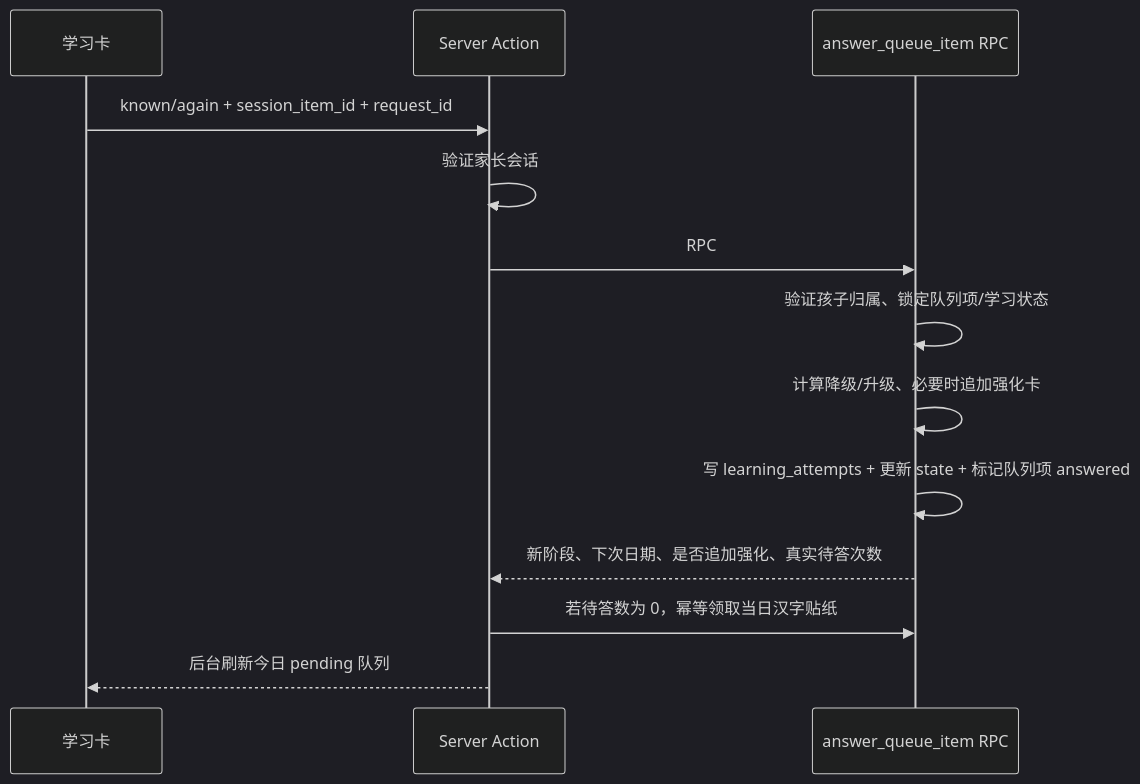
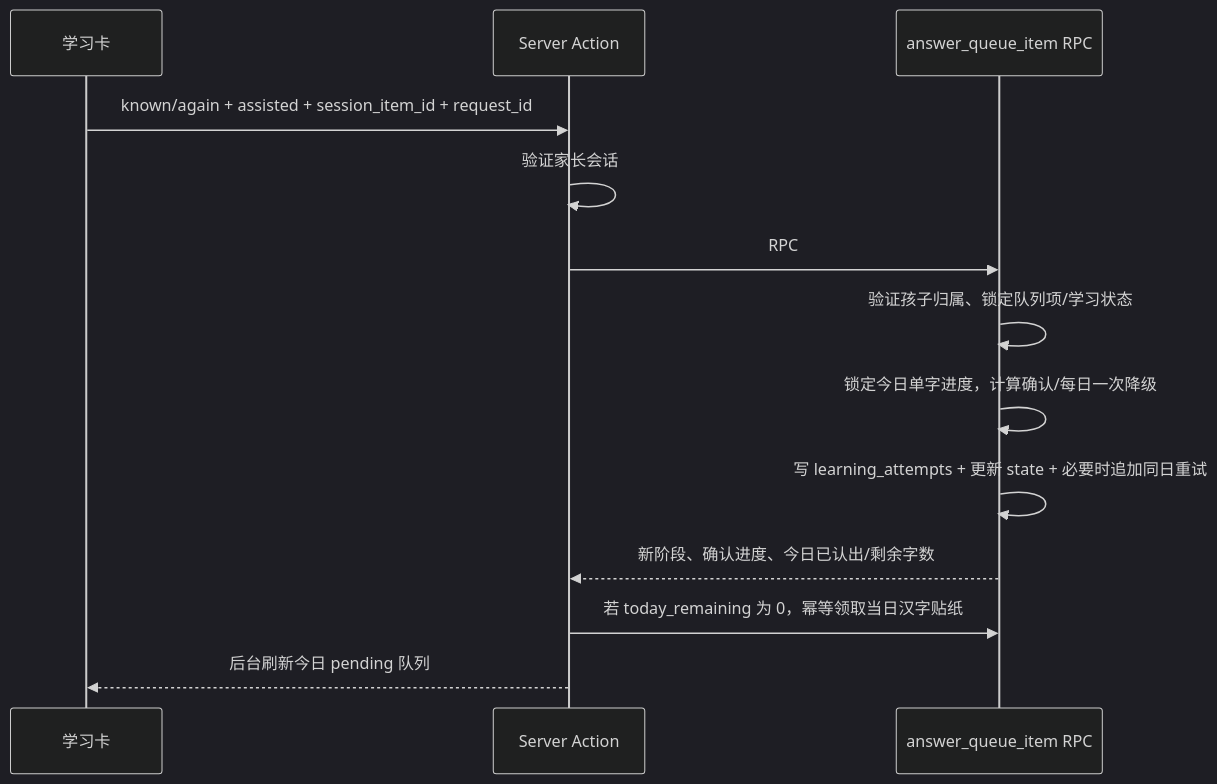
Before and after one commit to FisherUp11/Fisher_Learning_System: the third of 3 diagrams in ARCHITECTURE.md, drawn with Mermaid (dark theme). The commit also changed other lines of this file and 11 other files, not shown here.

````diff
--- a/ARCHITECTURE.md
+++ b/ARCHITECTURE.md
@@ -198,15 +204,15 @@
 ```mermaid
 sequenceDiagram
   participant K as 学习卡
   participant A as Server Action
   participant DB as answer_queue_item RPC
-  K->>A: known/again + session_item_id + request_id
+  K->>A: known/again + assisted + session_item_id + request_id
   A->>A: 验证家长会话
   A->>DB: RPC
   DB->>DB: 验证孩子归属、锁定队列项/学习状态
-  DB->>DB: 计算降级/升级、必要时追加强化卡
-  DB->>DB: 写 learning_attempts + 更新 state + 标记队列项 answered
-  DB-->>A: 新阶段、下次日期、是否追加强化、真实待答次数
-  A->>DB: 若待答数为 0，幂等领取当日汉字贴纸
+  DB->>DB: 锁定今日单字进度，计算确认/每日一次降级
+  DB->>DB: 写 learning_attempts + 更新 state + 必要时追加同日重试
+  DB-->>A: 新阶段、确认进度、今日已认出/剩余字数
+  A->>DB: 若 today_remaining 为 0，幂等领取当日汉字贴纸
   A-->>K: 后台刷新今日 pending 队列
 ```
````
